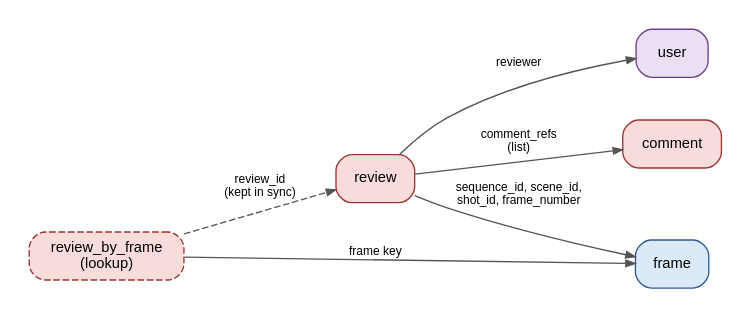
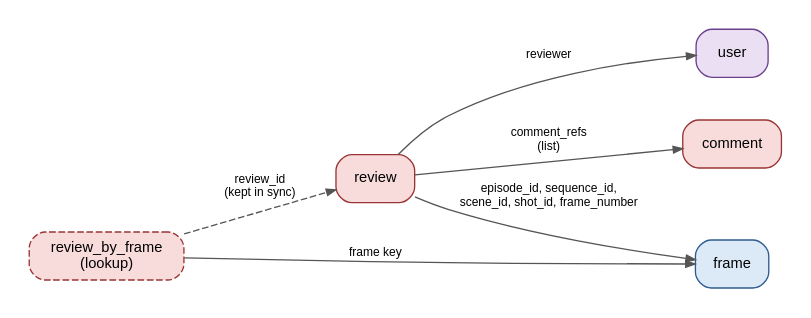
Before and after one commit to magic-lantern-workbench/mlw-platform: the diagram in doc/generator/diagrams/review.dot, drawn with Graphviz. The commit also changed 21 other files, not shown here.

```diff
--- a/doc/generator/diagrams/review.dot
+++ b/doc/generator/diagrams/review.dot
@@ -1,12 +1,12 @@
 digraph G { graph [rankdir=LR, fontname="Helvetica", nodesep=0.45, ranksep=0.7, pad=0.2]; node [shape=box, style="rounded,filled", fontname="Helvetica", fontsize=11, margin="0.15,0.08"]; edge [fontname="Helvetica", fontsize=9, color="#555555", arrowsize=0.7];
  review [label="review", fillcolor="#F8DCDC", color="#9A3434"]
  comment [label="comment", fillcolor="#F8DCDC", color="#9A3434"]
  review_by_frame [label="review_by_frame\n(lookup)", fillcolor="#F8DCDC", color="#9A3434", style="rounded,filled,dashed"]
  frame [label="frame", fillcolor="#DCE9F7", color="#2F5C8F"]
  user [label="user", fillcolor="#EBE0F3", color="#6B3F8C"]
- review -> frame [label="sequence_id, scene_id,\nshot_id, frame_number"]
+ review -> frame [label="episode_id, sequence_id,\nscene_id, shot_id, frame_number"]
  review -> user [label="reviewer"]
  review -> comment [label="comment_refs\n(list)"]
  review_by_frame -> review [label="review_id\n(kept in sync)", style=dashed]
  review_by_frame -> frame [label="frame key"]
 }
```
